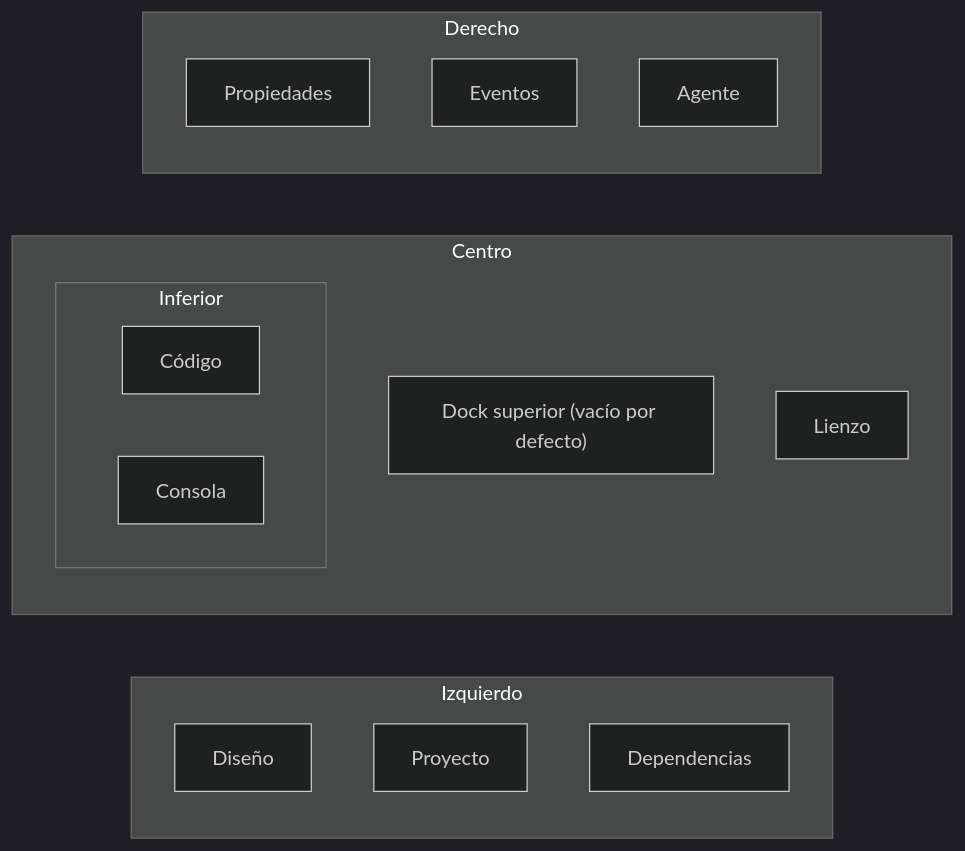
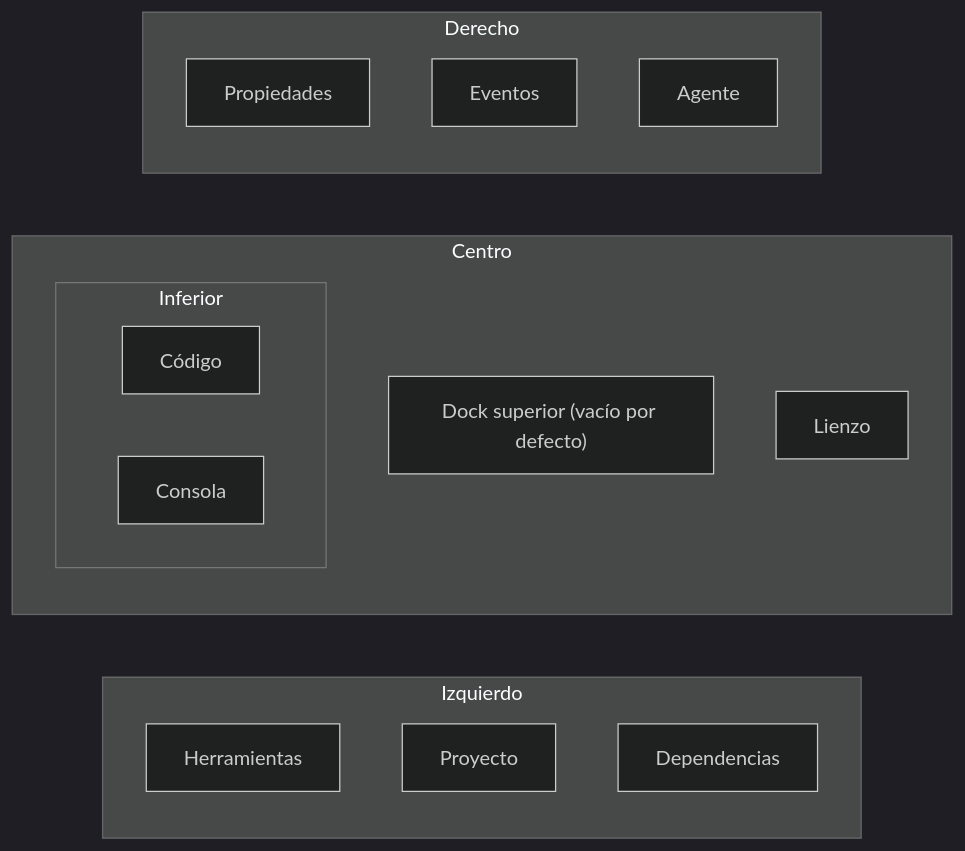
One commit to albakore/pyzed changed the diagram in docs/src/content/docs/es/editor/menus-and-commands.md. Above: the diagram before and after it, drawn with Mermaid (dark theme). The commit also changed other lines of this file and 28 other files, not shown here.

````diff
--- a/docs/src/content/docs/es/editor/menus-and-commands.md
+++ b/docs/src/content/docs/es/editor/menus-and-commands.md
@@ -179,21 +179,21 @@
 ```mermaid
 flowchart LR
     subgraph Izquierdo
-        Diseño
+        Herramientas
         Proyecto
         Dependencias
     end
     subgraph Centro
         Superior["Dock superior (vacío por defecto)"]
         Lienzo
         subgraph Inferior
             Código
             Consola
         end
     end
     subgraph Derecho
         Propiedades
         Eventos
         Agente
     end
 ```
````
